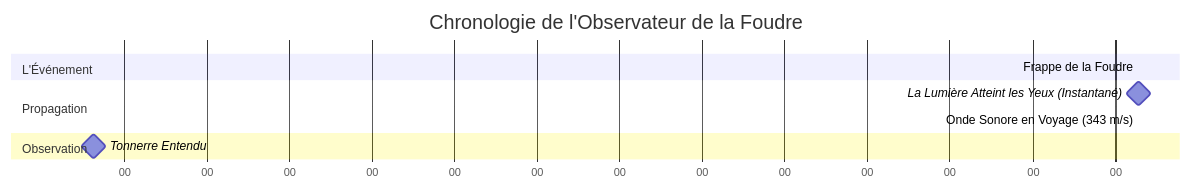
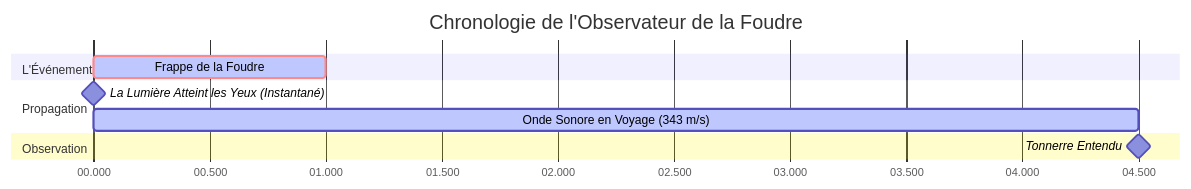
Before and after one commit to abuhanif254/Calculator-Hub: the fourth of 5 diagrams in content/fr/velocity-calculator.md, drawn with Mermaid. The commit also changed 82 other files, not shown here.

````diff
--- a/content/fr/velocity-calculator.md
+++ b/content/fr/velocity-calculator.md
@@ -363,13 +363,13 @@
 ```mermaid
 gantt
     title Chronologie de l'Observateur de la Foudre
-    dateFormat  s
-    axisFormat %S
+    dateFormat  HH:mm:ss.SSS
+    axisFormat  %S.%L
     section L'Événement
-    Frappe de la Foudre :crit, active, 0, 1s
+    Frappe de la Foudre :crit, active, 00:00:00.000, 00:00:01.000
     section Propagation
-    La Lumière Atteint les Yeux (Instantané) : milestone, 0, 0s
-    Onde Sonore en Voyage (343 m/s) : active, 0, 4.5s
+    La Lumière Atteint les Yeux (Instantané) : milestone, 00:00:00.000, 0d
+    Onde Sonore en Voyage (343 m/s) : active, 00:00:00.000, 00:00:04.500
     section Observation
-    Tonnerre Entendu : milestone, 4.5, 0s
+    Tonnerre Entendu : milestone, 00:00:04.500, 0d
 ```
````
